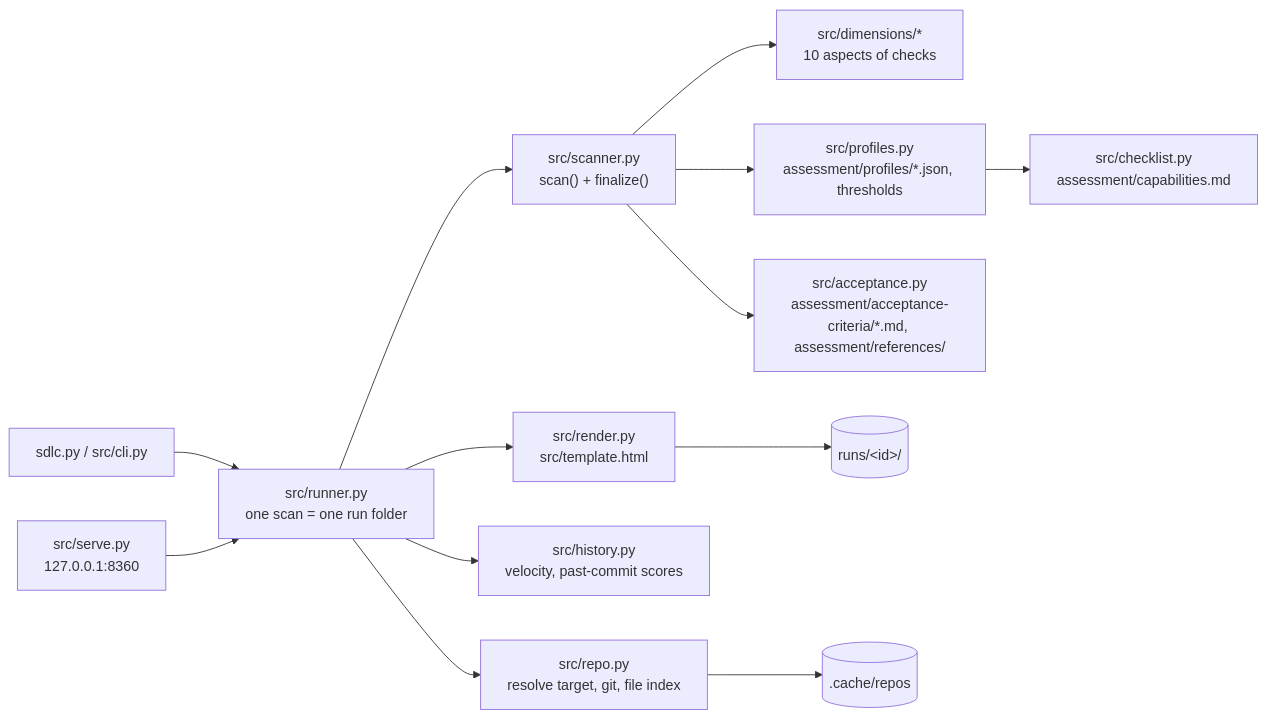
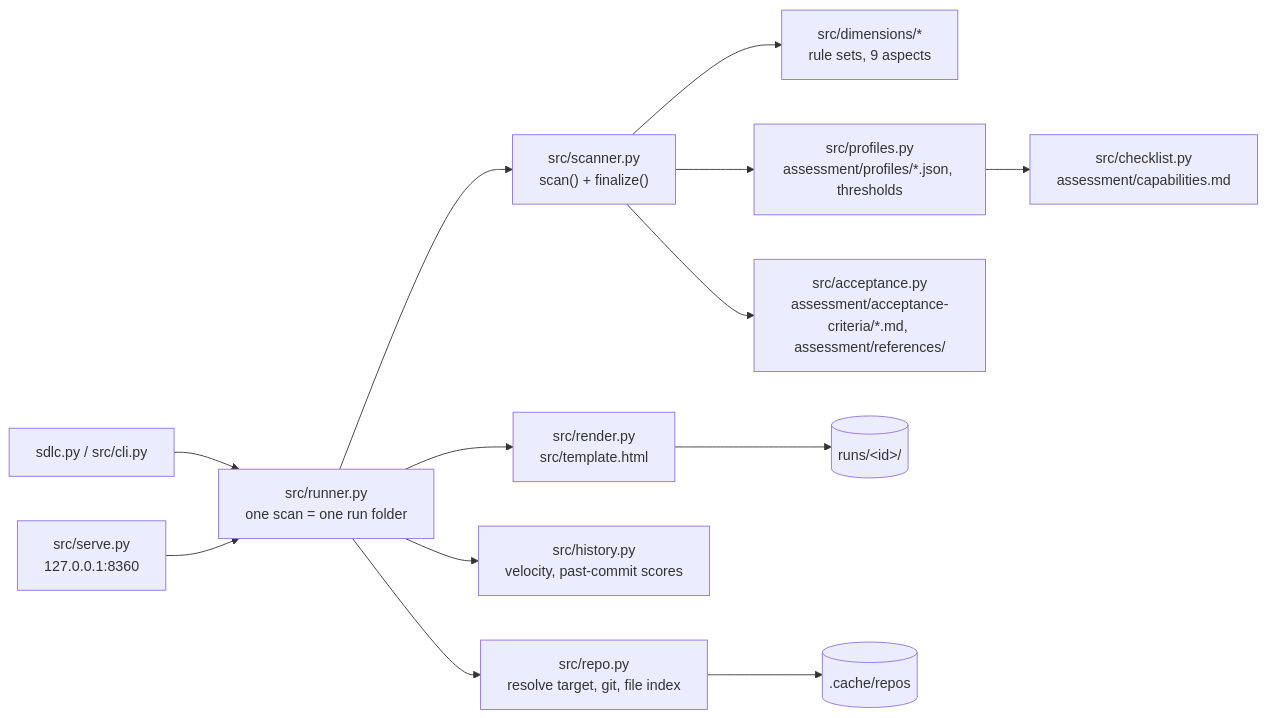
The first of 2 diagrams in docs/architecture.md (dryabokon/SDLC360), drawn with Mermaid before and after one commit. The commit also changed other lines of this file and 44 other files, not shown here.

````diff
--- a/docs/architecture.md
+++ b/docs/architecture.md
@@ -8,15 +8,15 @@
 ```mermaid
 flowchart LR
     CLI["sdlc.py / src/cli.py"] --> Runner
     Web["src/serve.py<br/>127.0.0.1:8360"] --> Runner
     Runner["src/runner.py<br/>one scan = one run folder"] --> Repo["src/repo.py<br/>resolve target, git, file index"]
     Runner --> Scanner["src/scanner.py<br/>scan() + finalize()"]
     Runner --> History["src/history.py<br/>velocity, past-commit scores"]
-    Scanner --> Dims["src/dimensions/*<br/>10 aspects of checks"]
+    Scanner --> Dims["src/dimensions/*<br/>rule sets, 9 aspects"]
     Scanner --> Profiles["src/profiles.py<br/>assessment/profiles/*.json, thresholds"]
     Profiles --> Checklist["src/checklist.py<br/>assessment/capabilities.md"]
     Scanner --> Acceptance["src/acceptance.py<br/>assessment/acceptance-criteria/*.md, assessment/references/"]
     Runner --> Render["src/render.py<br/>src/template.html"]
     Render --> Runs[("runs/&lt;id&gt;/")]
     Repo --> Cache[(".cache/repos")]
 ```
````
